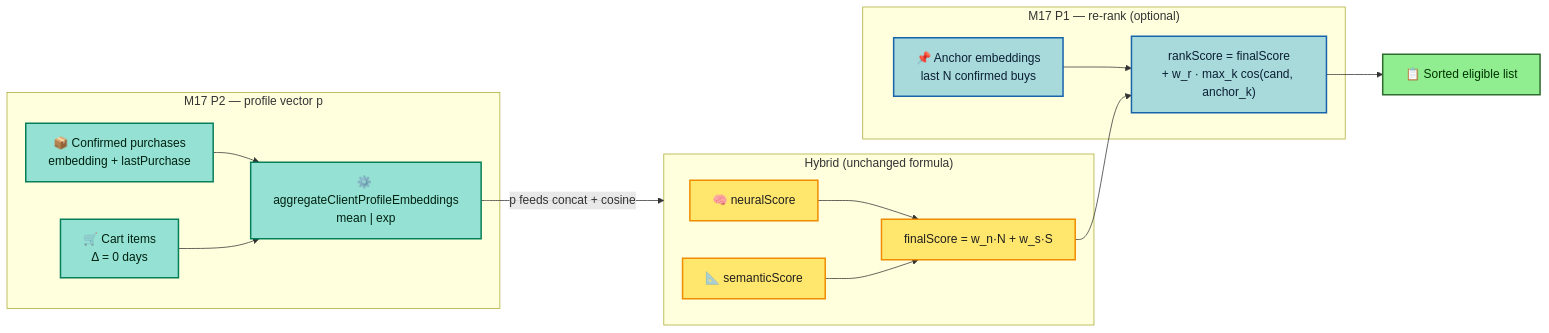
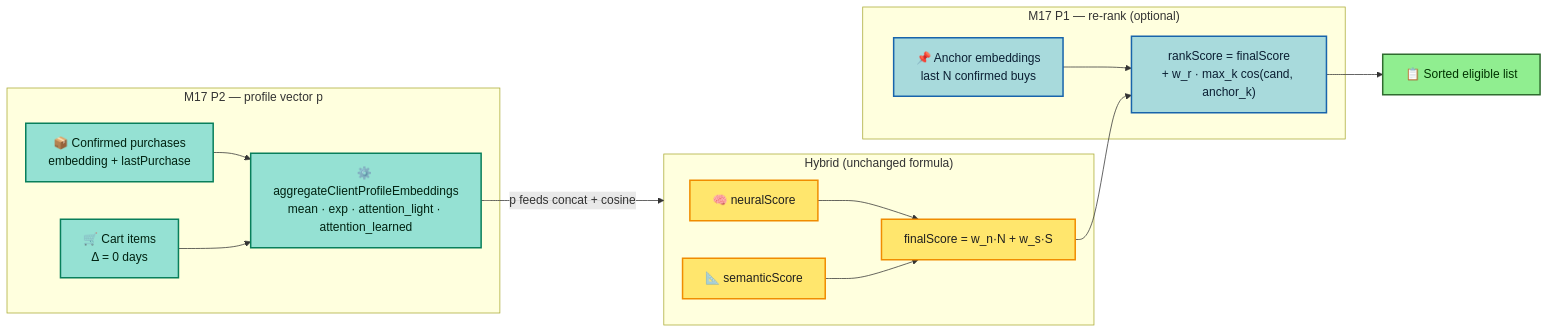
Before and after one commit to gabrielgrillorosa/smart-marketplace-recommender: the sixth of 14 diagrams in README.md, drawn with Mermaid. The commit also changed other lines of this file and 71 other files, not shown here.

First line of the commit message:
docs(readme): secção M21 pooling e cabeça BCE/pairwise com diagramas

````diff
--- a/README.md
+++ b/README.md
@@ -466,38 +467,38 @@
 ```mermaid
 flowchart LR
     subgraph P2["M17 P2 — profile vector p"]
         HIST["📦 Confirmed purchases\nembedding + lastPurchase"]
         CART["🛒 Cart items\nΔ = 0 days"]
-        AGG["⚙️ aggregateClientProfileEmbeddings\nmean | exp"]
+        AGG["⚙️ aggregateClientProfileEmbeddings\nmean · exp · attention_light · attention_learned"]
         HIST --> AGG
         CART --> AGG
     end
 
     subgraph Hybrid["Hybrid (unchanged formula)"]
         N["🧠 neuralScore"]
         S["📐 semanticScore"]
         FS["finalScore = w_n·N + w_s·S"]
         N --> FS
         S --> FS
     end
 
     subgraph P1["M17 P1 — re-rank (optional)"]
         ANC["📌 Anchor embeddings\nlast N confirmed buys"]
         RS["rankScore = finalScore\n+ w_r · max_k cos(cand, anchor_k)"]
         ANC --> RS
     end
 
     AGG -->|"p feeds concat + cosine"| Hybrid
     FS --> RS
     RS --> OUT["📋 Sorted eligible list"]
 
     classDef p2 fill:#95E1D3,stroke:#087F5B,stroke-width:2px,color:#002211
     classDef hyb fill:#FFE66D,stroke:#F08C00,stroke-width:2px,color:#1F1F1F
     classDef p1 fill:#A8DADC,stroke:#1864AB,stroke-width:2px,color:#0B1F33
     classDef out fill:#90EE90,stroke:#2F6B2F,stroke-width:2px,color:#003300
 
     class HIST,CART,AGG p2
     class N,S,FS hyb
     class ANC,RS p1
     class OUT out
 ```
````
